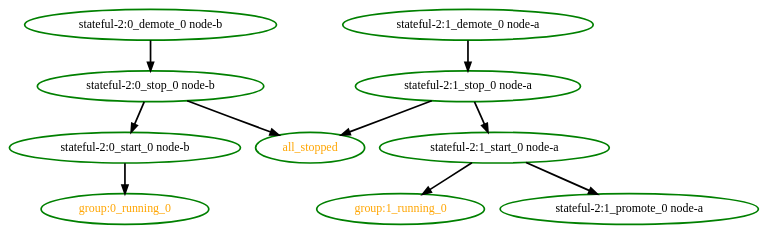
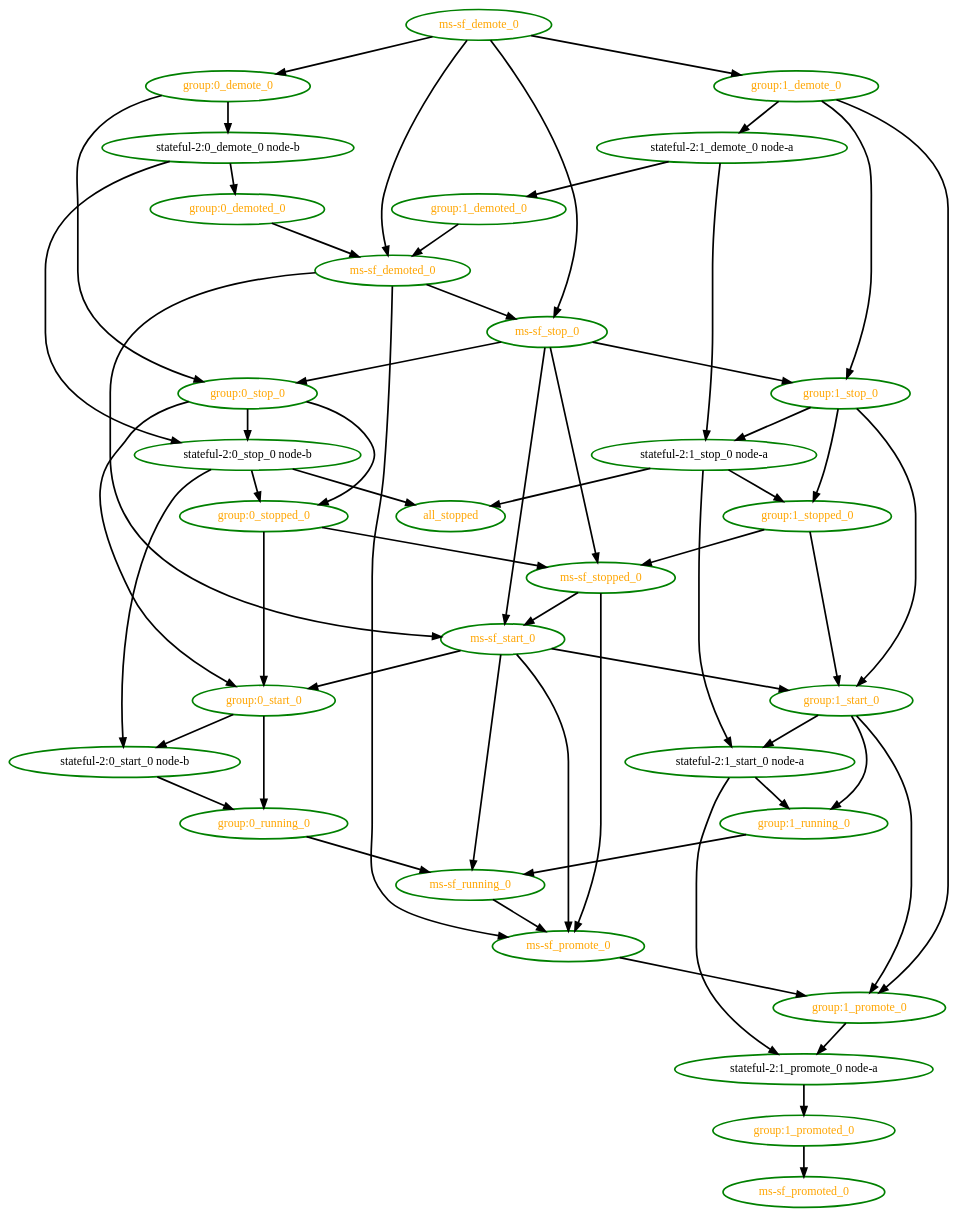
One commit to linux-ha-japan/pm_diskd changed the diagram in pengine/testcases/bug-pm-12.dot. Above: the diagram before and after it, drawn with Graphviz. The commit also changed 27 other files, not shown here.

```diff
--- a/pengine/testcases/bug-pm-12.dot
+++ b/pengine/testcases/bug-pm-12.dot
@@ -1,21 +1,91 @@
 digraph "g" {
 "all_stopped" [ style=bold color="green" fontcolor="orange"  ]
+"group:0_demote_0" -> "group:0_stop_0" [ style = bold]
+"group:0_demote_0" -> "stateful-2:0_demote_0 node-b" [ style = bold]
+"group:0_demote_0" [ style=bold color="green" fontcolor="orange"  ]
+"group:0_demoted_0" -> "ms-sf_demoted_0" [ style = bold]
+"group:0_demoted_0" [ style=bold color="green" fontcolor="orange"  ]
+"group:0_running_0" -> "ms-sf_running_0" [ style = bold]
 "group:0_running_0" [ style=bold color="green" fontcolor="orange"  ]
+"group:0_start_0" -> "group:0_running_0" [ style = bold]
+"group:0_start_0" -> "stateful-2:0_start_0 node-b" [ style = bold]
+"group:0_start_0" [ style=bold color="green" fontcolor="orange"  ]
+"group:0_stop_0" -> "group:0_start_0" [ style = bold]
+"group:0_stop_0" -> "group:0_stopped_0" [ style = bold]
+"group:0_stop_0" -> "stateful-2:0_stop_0 node-b" [ style = bold]
+"group:0_stop_0" [ style=bold color="green" fontcolor="orange"  ]
+"group:0_stopped_0" -> "group:0_start_0" [ style = bold]
+"group:0_stopped_0" -> "ms-sf_stopped_0" [ style = bold]
+"group:0_stopped_0" [ style=bold color="green" fontcolor="orange"  ]
+"group:1_demote_0" -> "group:1_promote_0" [ style = bold]
+"group:1_demote_0" -> "group:1_stop_0" [ style = bold]
+"group:1_demote_0" -> "stateful-2:1_demote_0 node-a" [ style = bold]
+"group:1_demote_0" [ style=bold color="green" fontcolor="orange"  ]
+"group:1_demoted_0" -> "ms-sf_demoted_0" [ style = bold]
+"group:1_demoted_0" [ style=bold color="green" fontcolor="orange"  ]
+"group:1_promote_0" -> "stateful-2:1_promote_0 node-a" [ style = bold]
+"group:1_promote_0" [ style=bold color="green" fontcolor="orange"  ]
+"group:1_promoted_0" -> "ms-sf_promoted_0" [ style = bold]
+"group:1_promoted_0" [ style=bold color="green" fontcolor="orange"  ]
+"group:1_running_0" -> "ms-sf_running_0" [ style = bold]
 "group:1_running_0" [ style=bold color="green" fontcolor="orange"  ]
+"group:1_start_0" -> "group:1_promote_0" [ style = bold]
+"group:1_start_0" -> "group:1_running_0" [ style = bold]
+"group:1_start_0" -> "stateful-2:1_start_0 node-a" [ style = bold]
+"group:1_start_0" [ style=bold color="green" fontcolor="orange"  ]
+"group:1_stop_0" -> "group:1_start_0" [ style = bold]
+"group:1_stop_0" -> "group:1_stopped_0" [ style = bold]
+"group:1_stop_0" -> "stateful-2:1_stop_0 node-a" [ style = bold]
+"group:1_stop_0" [ style=bold color="green" fontcolor="orange"  ]
+"group:1_stopped_0" -> "group:1_start_0" [ style = bold]
+"group:1_stopped_0" -> "ms-sf_stopped_0" [ style = bold]
+"group:1_stopped_0" [ style=bold color="green" fontcolor="orange"  ]
+"ms-sf_demote_0" -> "group:0_demote_0" [ style = bold]
+"ms-sf_demote_0" -> "group:1_demote_0" [ style = bold]
+"ms-sf_demote_0" -> "ms-sf_demoted_0" [ style = bold]
+"ms-sf_demote_0" -> "ms-sf_stop_0" [ style = bold]
+"ms-sf_demote_0" [ style=bold color="green" fontcolor="orange"  ]
+"ms-sf_demoted_0" -> "ms-sf_promote_0" [ style = bold]
+"ms-sf_demoted_0" -> "ms-sf_start_0" [ style = bold]
+"ms-sf_demoted_0" -> "ms-sf_stop_0" [ style = bold]
+"ms-sf_demoted_0" [ style=bold color="green" fontcolor="orange"  ]
+"ms-sf_promote_0" -> "group:1_promote_0" [ style = bold]
+"ms-sf_promote_0" [ style=bold color="green" fontcolor="orange"  ]
+"ms-sf_promoted_0" [ style=bold color="green" fontcolor="orange"  ]
+"ms-sf_running_0" -> "ms-sf_promote_0" [ style = bold]
+"ms-sf_running_0" [ style=bold color="green" fontcolor="orange"  ]
+"ms-sf_start_0" -> "group:0_start_0" [ style = bold]
+"ms-sf_start_0" -> "group:1_start_0" [ style = bold]
+"ms-sf_start_0" -> "ms-sf_promote_0" [ style = bold]
+"ms-sf_start_0" -> "ms-sf_running_0" [ style = bold]
+"ms-sf_start_0" [ style=bold color="green" fontcolor="orange"  ]
+"ms-sf_stop_0" -> "group:0_stop_0" [ style = bold]
+"ms-sf_stop_0" -> "group:1_stop_0" [ style = bold]
+"ms-sf_stop_0" -> "ms-sf_start_0" [ style = bold]
+"ms-sf_stop_0" -> "ms-sf_stopped_0" [ style = bold]
+"ms-sf_stop_0" [ style=bold color="green" fontcolor="orange"  ]
+"ms-sf_stopped_0" -> "ms-sf_promote_0" [ style = bold]
+"ms-sf_stopped_0" -> "ms-sf_start_0" [ style = bold]
+"ms-sf_stopped_0" [ style=bold color="green" fontcolor="orange"  ]
+"stateful-2:0_demote_0 node-b" -> "group:0_demoted_0" [ style = bold]
 "stateful-2:0_demote_0 node-b" -> "stateful-2:0_stop_0 node-b" [ style = bold]
 "stateful-2:0_demote_0 node-b" [ style=bold color="green" fontcolor="black"  ]
 "stateful-2:0_start_0 node-b" -> "group:0_running_0" [ style = bold]
 "stateful-2:0_start_0 node-b" [ style=bold color="green" fontcolor="black"  ]
 "stateful-2:0_stop_0 node-b" -> "all_stopped" [ style = bold]
+"stateful-2:0_stop_0 node-b" -> "group:0_stopped_0" [ style = bold]
 "stateful-2:0_stop_0 node-b" -> "stateful-2:0_start_0 node-b" [ style = bold]
 "stateful-2:0_stop_0 node-b" [ style=bold color="green" fontcolor="black"  ]
+"stateful-2:1_demote_0 node-a" -> "group:1_demoted_0" [ style = bold]
 "stateful-2:1_demote_0 node-a" -> "stateful-2:1_stop_0 node-a" [ style = bold]
 "stateful-2:1_demote_0 node-a" [ style=bold color="green" fontcolor="black"  ]
+"stateful-2:1_promote_0 node-a" -> "group:1_promoted_0" [ style = bold]
 "stateful-2:1_promote_0 node-a" [ style=bold color="green" fontcolor="black"  ]
 "stateful-2:1_start_0 node-a" -> "group:1_running_0" [ style = bold]
 "stateful-2:1_start_0 node-a" -> "stateful-2:1_promote_0 node-a" [ style = bold]
 "stateful-2:1_start_0 node-a" [ style=bold color="green" fontcolor="black"  ]
 "stateful-2:1_stop_0 node-a" -> "all_stopped" [ style = bold]
+"stateful-2:1_stop_0 node-a" -> "group:1_stopped_0" [ style = bold]
 "stateful-2:1_stop_0 node-a" -> "stateful-2:1_start_0 node-a" [ style = bold]
 "stateful-2:1_stop_0 node-a" [ style=bold color="green" fontcolor="black"  ]
 }
```
